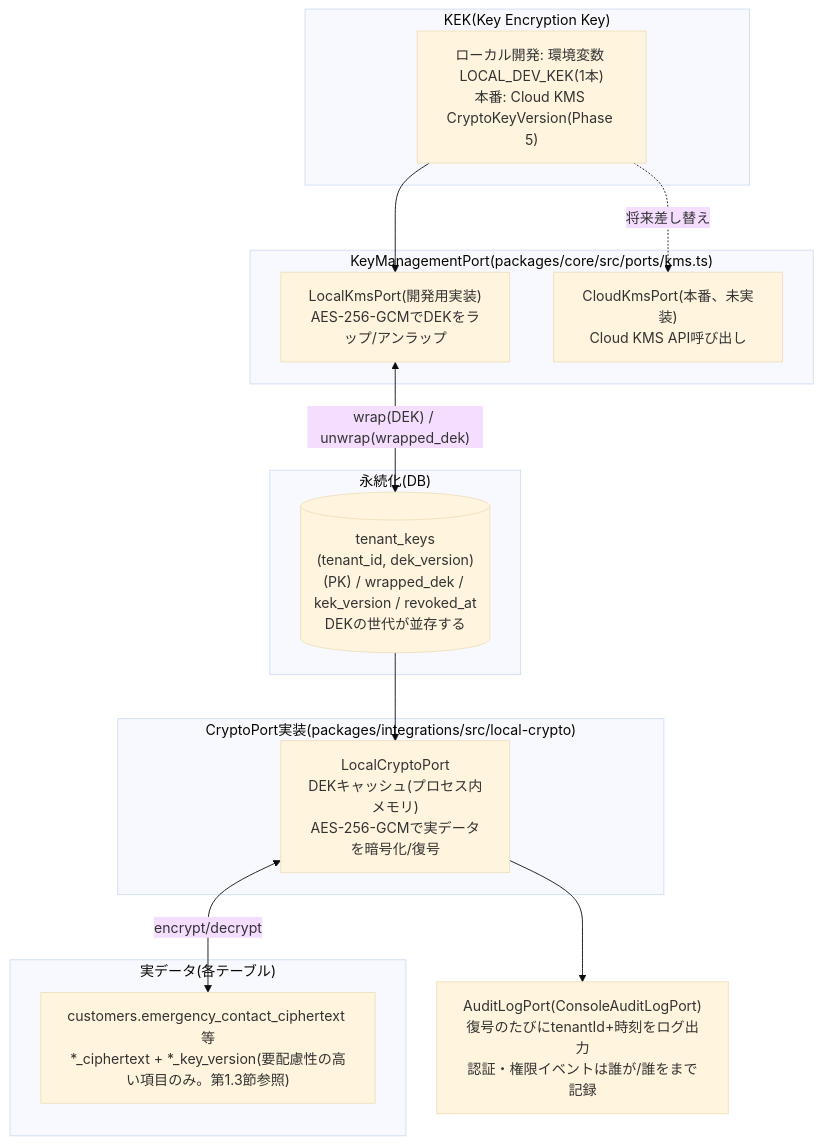
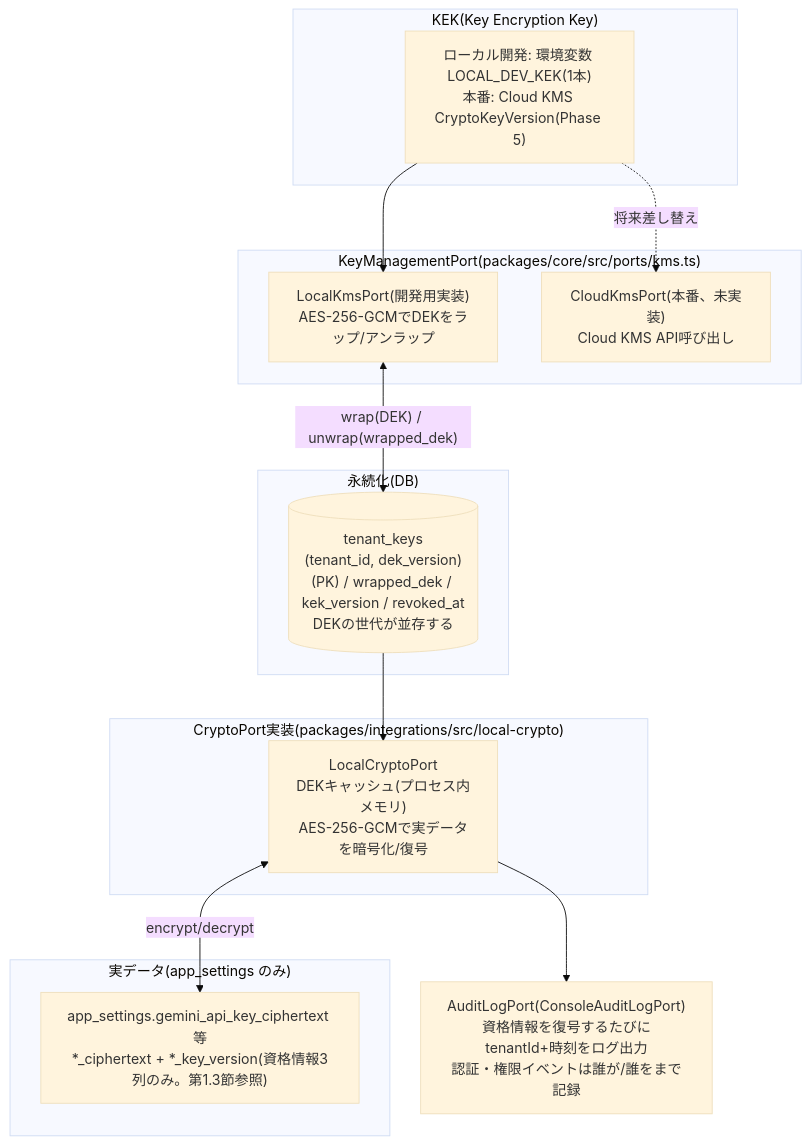
One commit to ohru131/katahimo-app changed the second of 3 diagrams in doc/09_データベース構造解説.md. Above: the diagram before and after it, drawn with Mermaid (base theme). The commit also changed other lines of this file and 3 other files, not shown here.

````diff
--- a/doc/09_データベース構造解説.md
+++ b/doc/09_データベース構造解説.md
@@ -244,32 +281,32 @@
 ```mermaid
 flowchart TB
     subgraph "KEK(Key Encryption Key)"
         KEK["ローカル開発: 環境変数 LOCAL_DEV_KEK(1本)<br/>本番: Cloud KMS CryptoKeyVersion(Phase 5)"]
     end
 
     subgraph "KeyManagementPort(packages/core/src/ports/kms.ts)"
         LocalKms["LocalKmsPort(開発用実装)<br/>AES-256-GCMでDEKをラップ/アンラップ"]
         CloudKms["CloudKmsPort(本番、未実装)<br/>Cloud KMS API呼び出し"]
     end
 
     subgraph "永続化(DB)"
         TenantKeys[("tenant_keys<br/>(tenant_id, dek_version)(PK) / wrapped_dek / kek_version / revoked_at<br/>DEKの世代が並存する")]
     end
 
     subgraph "CryptoPort実装(packages/integrations/src/local-crypto)"
         LocalCrypto["LocalCryptoPort<br/>DEKキャッシュ(プロセス内メモリ)<br/>AES-256-GCMで実データを暗号化/復号"]
     end
 
-    subgraph "実データ(各テーブル)"
-        CipherCols["customers.emergency_contact_ciphertext 等<br/>*_ciphertext + *_key_version(要配慮性の高い項目のみ。第1.3節参照)"]
+    subgraph "実データ(app_settings のみ)"
+        CipherCols["app_settings.gemini_api_key_ciphertext 等<br/>*_ciphertext + *_key_version(資格情報3列のみ。第1.3節参照)"]
     end
 
-    AuditLog["AuditLogPort(ConsoleAuditLogPort)<br/>復号のたびにtenantId+時刻をログ出力<br/>認証・権限イベントは誰が/誰をまで記録"]
+    AuditLog["AuditLogPort(ConsoleAuditLogPort)<br/>資格情報を復号するたびにtenantId+時刻をログ出力<br/>認証・権限イベントは誰が/誰をまで記録"]
 
     KEK --> LocalKms
     KEK -.将来差し替え.-> CloudKms
     LocalKms <-- "wrap(DEK) / unwrap(wrapped_dek)" --> TenantKeys
     TenantKeys --> LocalCrypto
     LocalCrypto <-- "encrypt/decrypt" --> CipherCols
     LocalCrypto --> AuditLog
 ```
````
